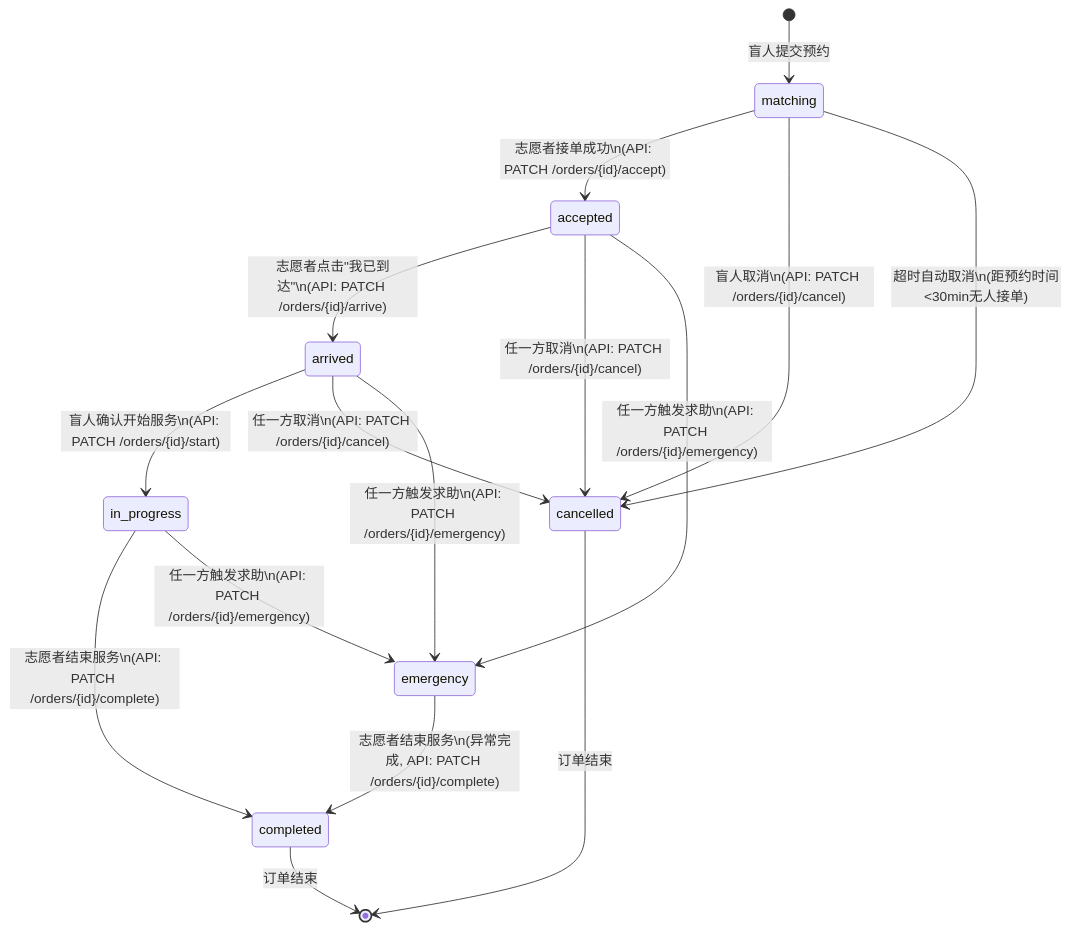
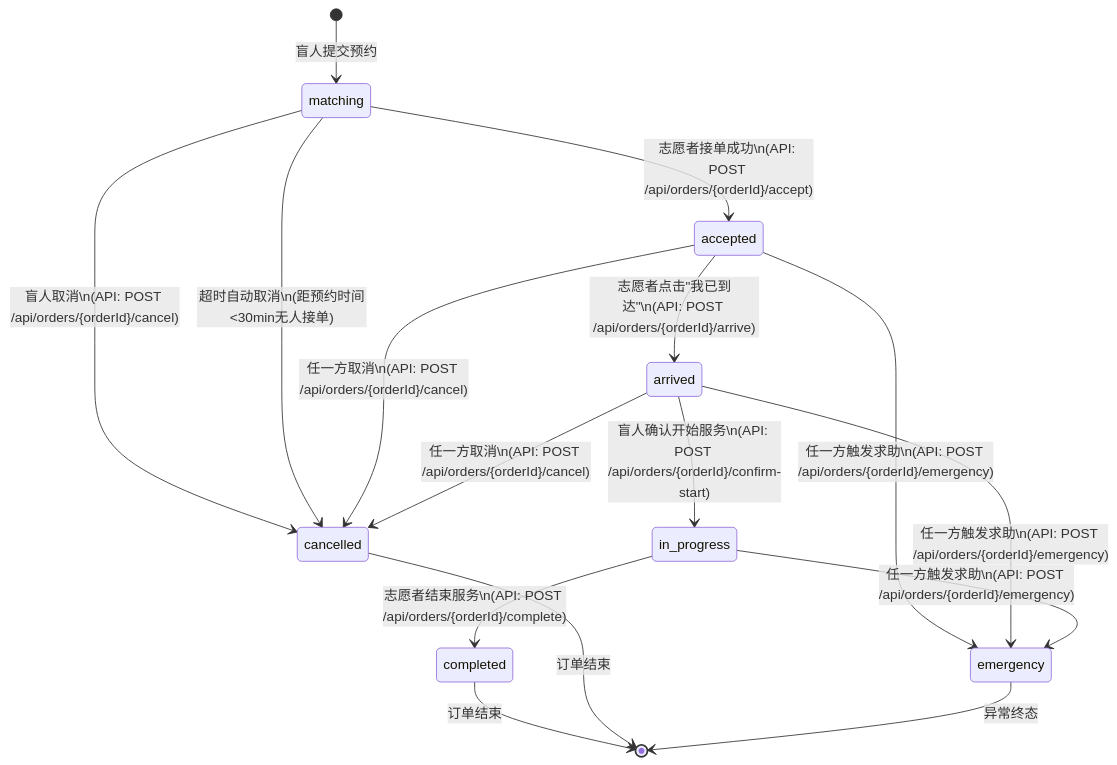
One commit to Jayden23018/blind-run-ios changed the second of 7 diagrams in docs/04-user-flows-and-state-machine.md. Above: the diagram before and after it, drawn with Mermaid. The commit also changed other lines of this file and 8 other files, not shown here.

````diff
--- a/docs/04-user-flows-and-state-machine.md
+++ b/docs/04-user-flows-and-state-machine.md
@@ -74,24 +74,23 @@
 ```mermaid
 stateDiagram-v2
     [*] --> matching: 盲人提交预约
 
-    matching --> accepted: 志愿者接单成功\n(API: PATCH /orders/{id}/accept)
-    matching --> cancelled: 盲人取消\n(API: PATCH /orders/{id}/cancel)
+    matching --> accepted: 志愿者接单成功\n(API: POST /api/orders/{orderId}/accept)
+    matching --> cancelled: 盲人取消\n(API: POST /api/orders/{orderId}/cancel)
     matching --> cancelled: 超时自动取消\n(距预约时间<30min无人接单)
 
-    accepted --> arrived: 志愿者点击"我已到达"\n(API: PATCH /orders/{id}/arrive)
-    accepted --> cancelled: 任一方取消\n(API: PATCH /orders/{id}/cancel)
-    accepted --> emergency: 任一方触发求助\n(API: PATCH /orders/{id}/emergency)
+    accepted --> arrived: 志愿者点击"我已到达"\n(API: POST /api/orders/{orderId}/arrive)
+    accepted --> cancelled: 任一方取消\n(API: POST /api/orders/{orderId}/cancel)
+    accepted --> emergency: 任一方触发求助\n(API: POST /api/orders/{orderId}/emergency)
 
-    arrived --> in_progress: 盲人确认开始服务\n(API: PATCH /orders/{id}/start)
-    arrived --> cancelled: 任一方取消\n(API: PATCH /orders/{id}/cancel)
-    arrived --> emergency: 任一方触发求助\n(API: PATCH /orders/{id}/emergency)
+    arrived --> in_progress: 盲人确认开始服务\n(API: POST /api/orders/{orderId}/confirm-start)
+    arrived --> cancelled: 任一方取消\n(API: POST /api/orders/{orderId}/cancel)
+    arrived --> emergency: 任一方触发求助\n(API: POST /api/orders/{orderId}/emergency)
 
-    in_progress --> completed: 志愿者结束服务\n(API: PATCH /orders/{id}/complete)
-    in_progress --> emergency: 任一方触发求助\n(API: PATCH /orders/{id}/emergency)
-
-    emergency --> completed: 志愿者结束服务\n(异常完成, API: PATCH /orders/{id}/complete)
+    in_progress --> completed: 志愿者结束服务\n(API: POST /api/orders/{orderId}/complete)
+    in_progress --> emergency: 任一方触发求助\n(API: POST /api/orders/{orderId}/emergency)
 
     completed --> [*]: 订单结束
     cancelled --> [*]: 订单结束
+    emergency --> [*]: 异常终态
 ```
````
